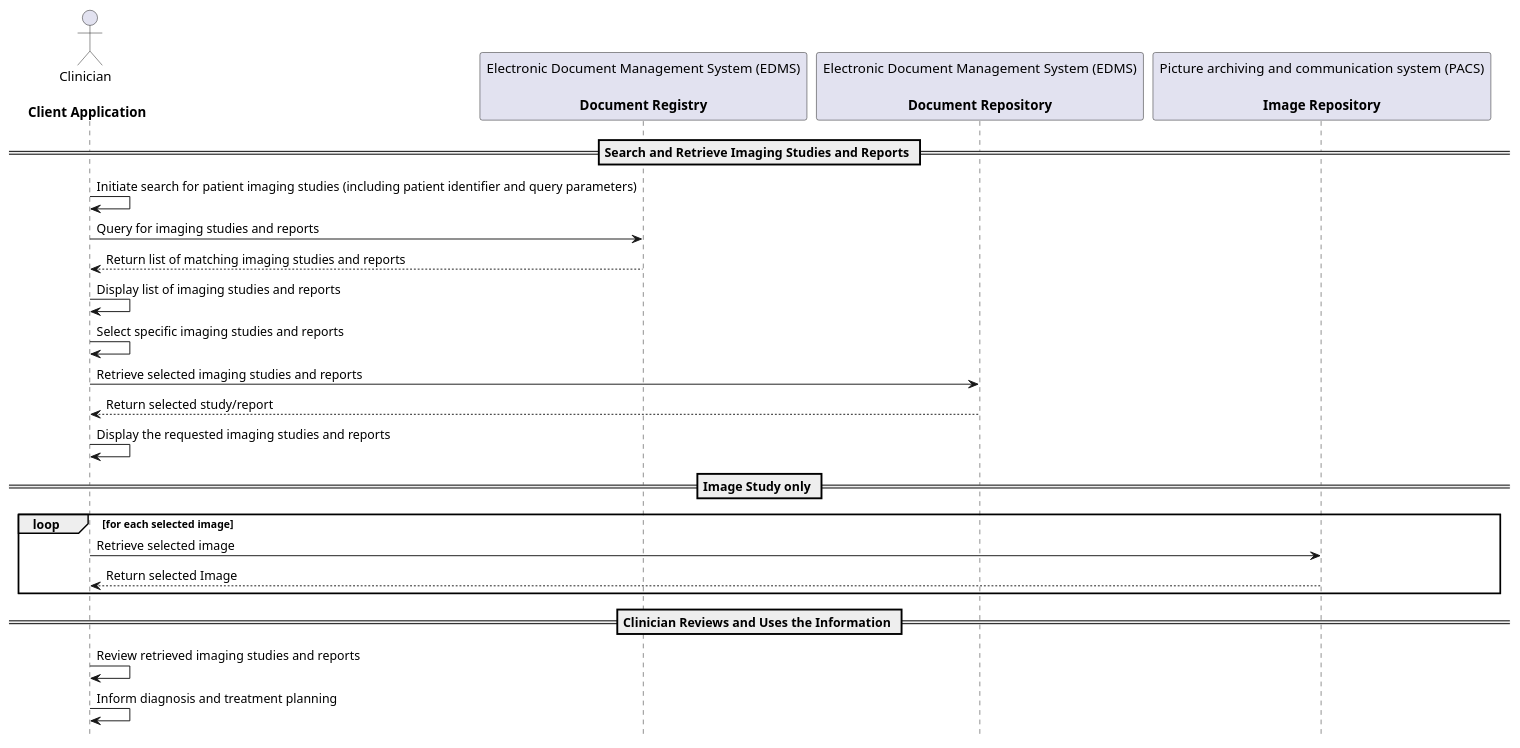
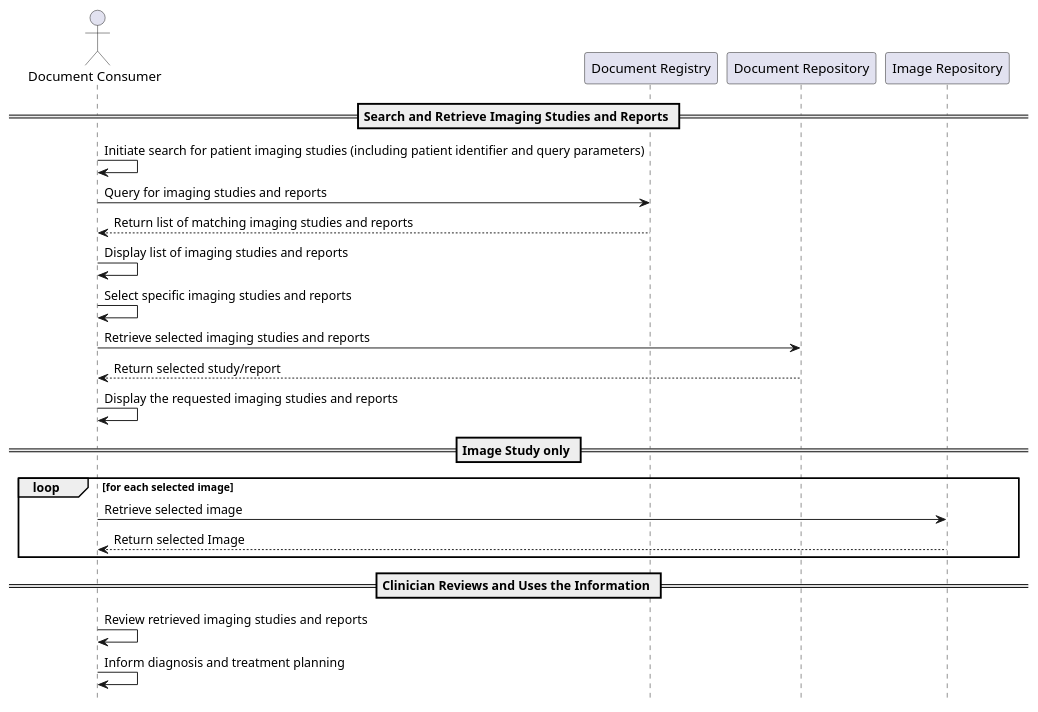
One commit to NHSDigital/national-imaging-repository-specification changed the diagram in input/images-source/sequence-finding-image.plantuml. Above: the diagram before and after it, drawn with PlantUML. The commit also changed 2 other files, not shown here.

```diff
--- a/input/images-source/sequence-finding-image.plantuml
+++ b/input/images-source/sequence-finding-image.plantuml
@@ -1,36 +1,36 @@
 @startuml
 
 hide footbox
 skinparam svgDimensionStyle false
 
-actor "Clinician \n\n**Client Application**"  as C
-participant "Electronic Document Management System (EDMS)\n\n**Document Registry**" as HS
-participant "Electronic Document Management System (EDMS)\n\n**Document Repository**" as DR
-participant "Picture archiving and communication system (PACS)\n\n**Image Repository**" as P
+actor "Document Consumer"  as C
+participant "Document Registry" as HS
+participant "Document Repository" as DR
+participant "Image Repository" as P
 
 == Search and Retrieve Imaging Studies and Reports ==
 C -> C : Initiate search for patient imaging studies (including patient identifier and query parameters)
 
 C -> HS  : Query for imaging studies and reports
 HS --> C: Return list of matching imaging studies and reports
 
 C -> C: Display list of imaging studies and reports
 C -> C: Select specific imaging studies and reports
 
 C -> DR: Retrieve selected imaging studies and reports
 DR --> C: Return selected study/report
 
 C -> C: Display the requested imaging studies and reports
 
 == Image Study only ==
 loop for each selected image
     C -> P: Retrieve selected image
     P --> C: Return selected Image
 end
 
 
 == Clinician Reviews and Uses the Information ==
 C -> C: Review retrieved imaging studies and reports
 C -> C: Inform diagnosis and treatment planning
 
 @enduml
```
